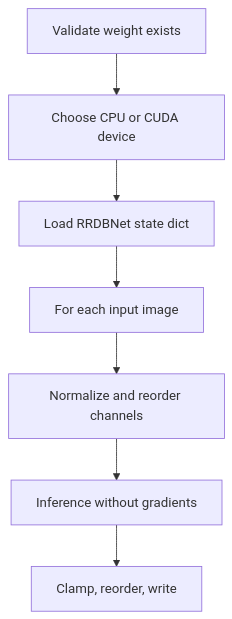
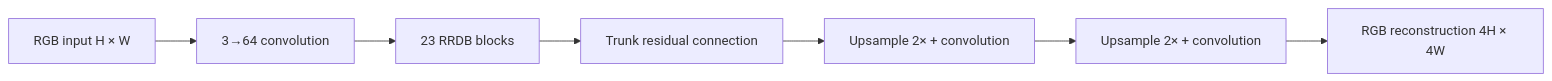
Before and after one commit to CHAITANYA-2002/machine-learning-projects: the second of 2 diagrams in 12-image-super-resolution/README.md, drawn with Mermaid. The commit also changed other lines of this file and 109 other files, not shown here.

````diff
--- a/12-image-super-resolution/README.md
+++ b/12-image-super-resolution/README.md
@@ -74,9 +47,9 @@
 ```mermaid
-flowchart TB
-    A[Validate weight exists] --> B[Choose CPU or CUDA device]
-    B --> C[Load RRDBNet state dict]
-    C --> D[For each input image]
-    D --> E[Normalize and reorder channels]
-    E --> F[Inference without gradients]
-    F --> G[Clamp, reorder, write]
+flowchart LR
+    A[RGB input H × W] --> B[3→64 convolution]
+    B --> C[23 RRDB blocks]
+    C --> D[Trunk residual connection]
+    D --> E[Upsample 2× + convolution]
+    E --> F[Upsample 2× + convolution]
+    F --> G[RGB reconstruction 4H × 4W]
 ```
````
